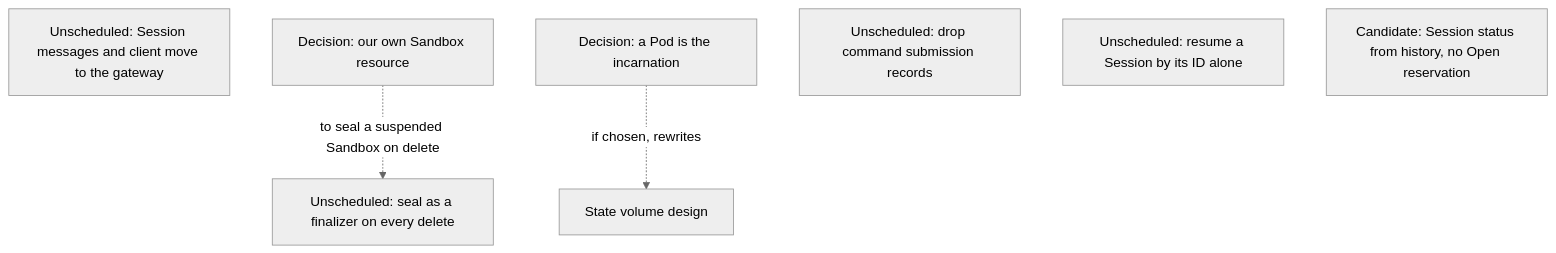
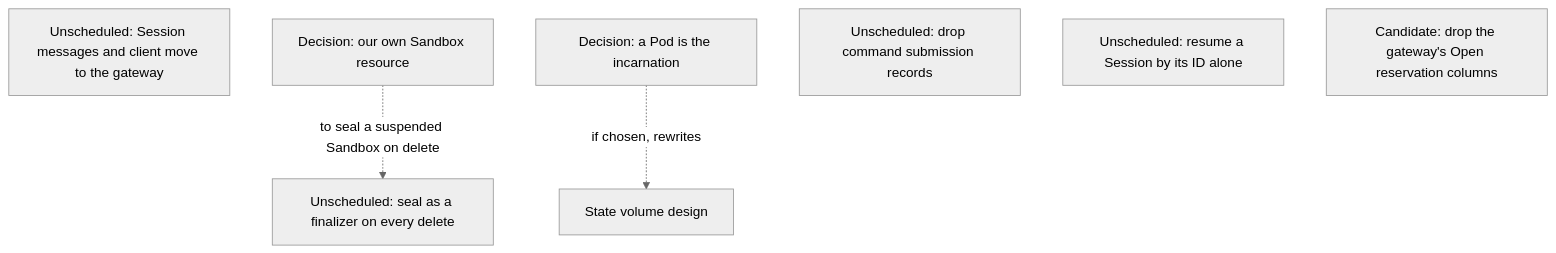
Before and after one commit to agentydragon/ducktape: diagram 12 of 13 in agentplane/plans/task_dag.md, drawn with Mermaid (neutral theme). The commit also changed other lines of this file and 18 other files, not shown here.

````diff
--- a/agentplane/plans/task_dag.md
+++ b/agentplane/plans/task_dag.md
@@ -809,12 +809,12 @@
 ```mermaid
 flowchart TD
     GATEWAY_CLIENT_SPLIT[Unscheduled: Session messages and client move to the gateway]
     AGENTPLANE_SANDBOX_RESOURCE[Decision: our own Sandbox resource]
     POD_INCARNATION[Decision: a Pod is the incarnation]
     SEAL_FINALIZER[Unscheduled: seal as a finalizer on every delete]
     COMMAND_RECORDS_RETIRE[Unscheduled: drop command submission records]
     RESUME_BY_SESSION_ID[Unscheduled: resume a Session by its ID alone]
-    LOOKUP_SESSION_RETIRE[Candidate: Session status from history, no Open reservation]
+    SESSION_OPEN_COLUMNS_DROP[Candidate: drop the gateway's Open reservation columns]
     AGENTPLANE_SANDBOX_RESOURCE -. to seal a suspended Sandbox on delete .-> SEAL_FINALIZER
     POD_INCARNATION -. if chosen, rewrites .-> SESSION_STATE_VOLUME_DESIGN[State volume design]
 ```
````
